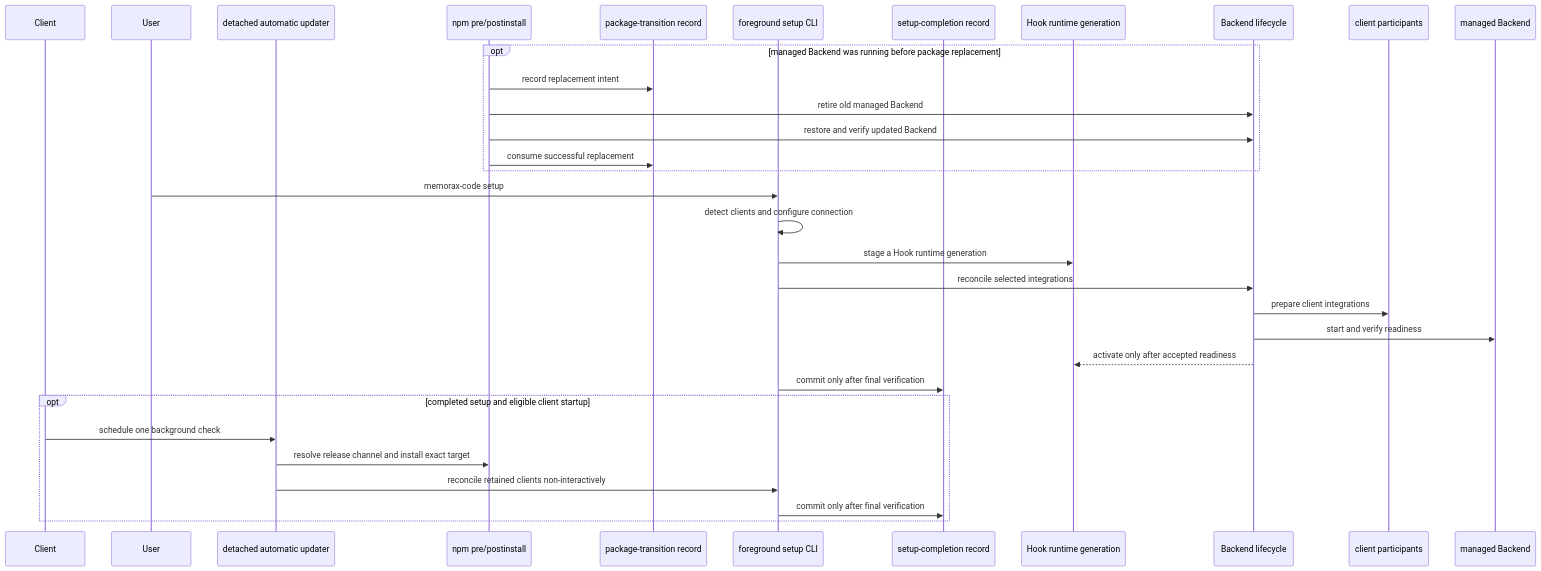
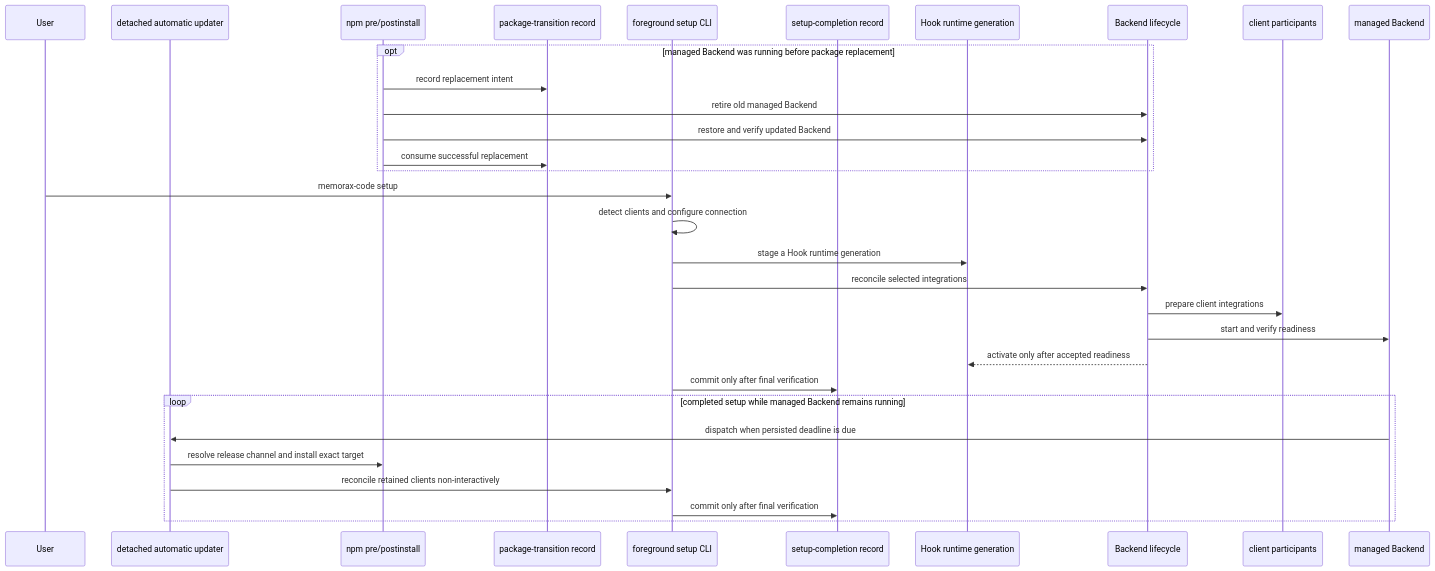
One commit to memorax-ai/memorax-code changed the second of 6 diagrams in ARCHITECTURE.md. Above: the diagram before and after it, drawn with Mermaid. The commit also changed other lines of this file and 24 other files, not shown here.

Commit message:
feat:(update) schedule automatic updates from backend

````diff
--- a/ARCHITECTURE.md
+++ b/ARCHITECTURE.md
@@ -156,35 +156,34 @@
 ```mermaid
 sequenceDiagram
-  participant Client
   participant User
   participant Update as detached automatic updater
   participant NPM as npm pre/postinstall
   participant Transition as package-transition record
   participant Setup as foreground setup CLI
   participant Completion as setup-completion record
   participant Generation as Hook runtime generation
   participant Lifecycle as Backend lifecycle
   participant Participants as client participants
   participant Service as managed Backend
 
   opt managed Backend was running before package replacement
     NPM->>Transition: record replacement intent
     NPM->>Lifecycle: retire old managed Backend
     NPM->>Lifecycle: restore and verify updated Backend
     NPM->>Transition: consume successful replacement
   end
   User->>Setup: memorax-code setup
   Setup->>Setup: detect clients and configure connection
   Setup->>Generation: stage a Hook runtime generation
   Setup->>Lifecycle: reconcile selected integrations
   Lifecycle->>Participants: prepare client integrations
   Lifecycle->>Service: start and verify readiness
   Lifecycle-->>Generation: activate only after accepted readiness
   Setup->>Completion: commit only after final verification
-  opt completed setup and eligible client startup
-    Client->>Update: schedule one background check
+  loop completed setup while managed Backend remains running
+    Service->>Update: dispatch when persisted deadline is due
     Update->>NPM: resolve release channel and install exact target
     Update->>Setup: reconcile retained clients non-interactively
     Setup->>Completion: commit only after final verification
   end
 ```
````
